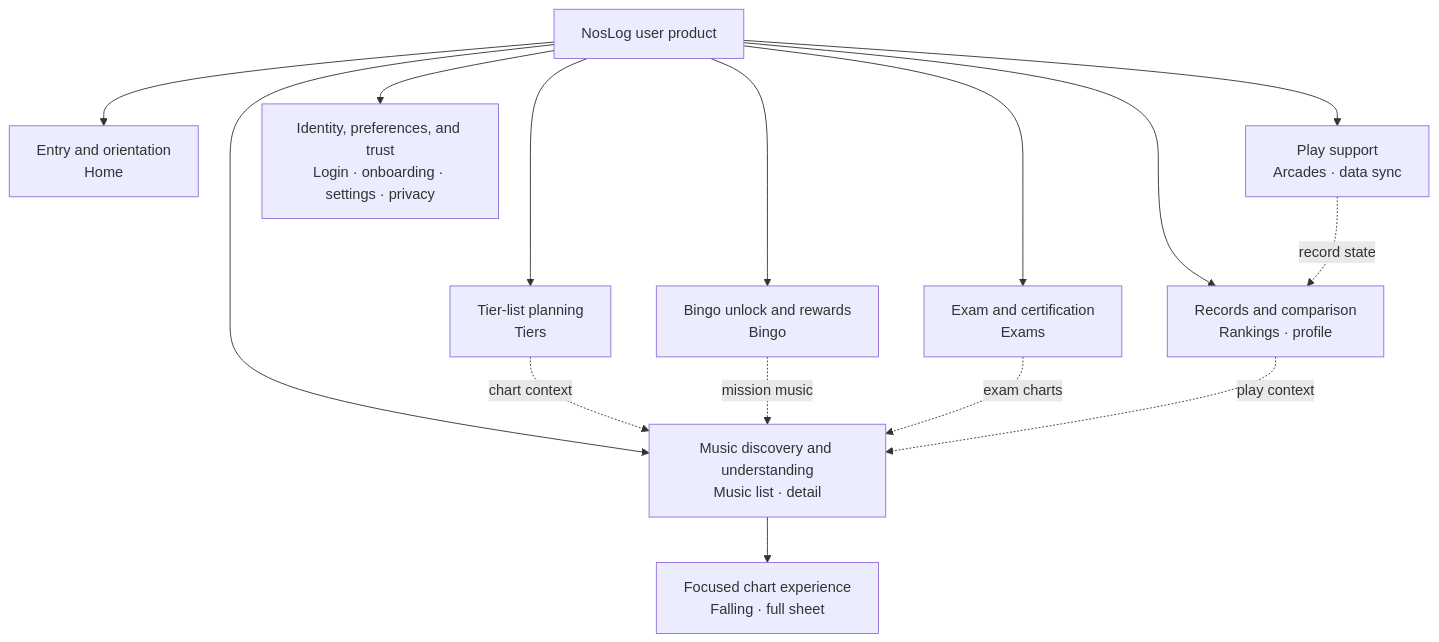
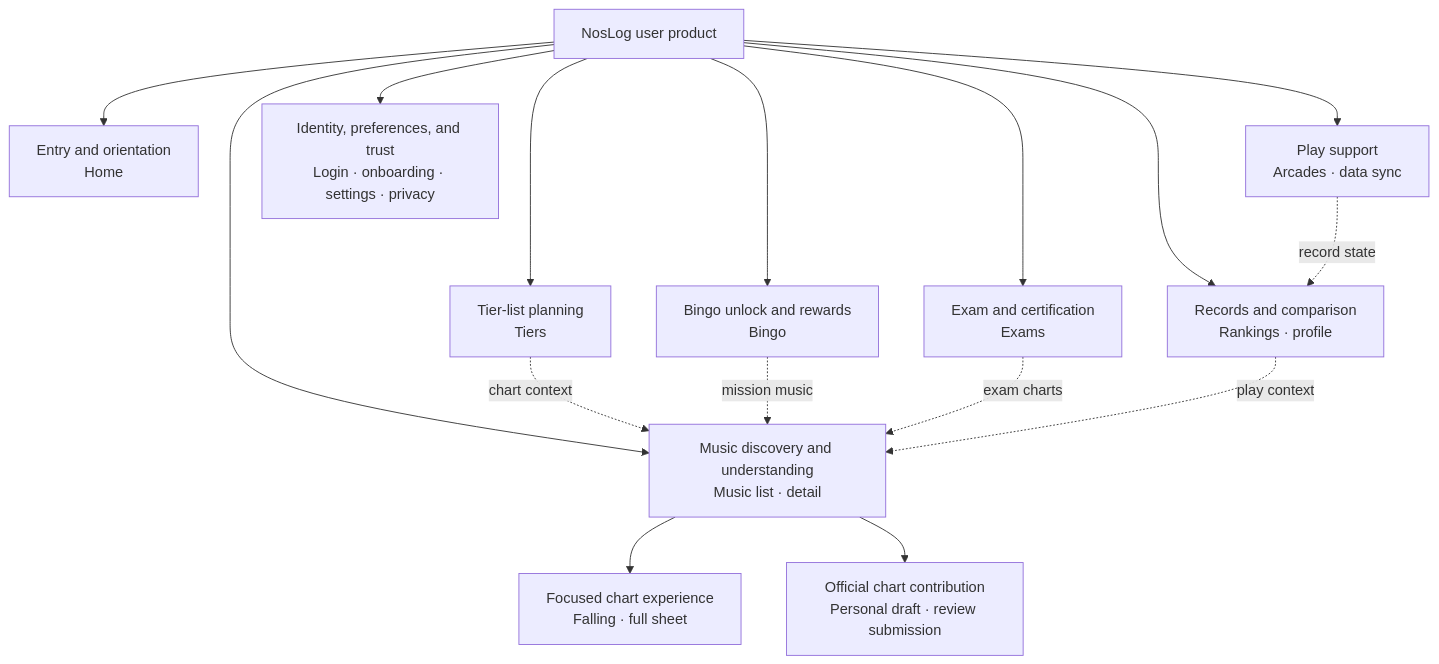
Before and after one commit to Anchovia/noslog: the diagram in docs/design/02-information-architecture.md, drawn with Mermaid. The commit also changed other lines of this file and 23 other files, not shown here.

````diff
--- a/docs/design/02-information-architecture.md
+++ b/docs/design/02-information-architecture.md
@@ -201,28 +209,30 @@
 ```mermaid
 flowchart TD
     ROOT["NosLog user product"]
     HOME["Entry and orientation<br/>Home"]
     MUSIC["Music discovery and understanding<br/>Music list · detail"]
     TIERS["Tier-list planning<br/>Tiers"]
     BINGO["Bingo unlock and rewards<br/>Bingo"]
     EXAMS["Exam and certification<br/>Exams"]
     RECORDS["Records and comparison<br/>Rankings · profile"]
     SUPPORT["Play support<br/>Arcades · data sync"]
     TRUST["Identity, preferences, and trust<br/>Login · onboarding · settings · privacy"]
     VIEWER["Focused chart experience<br/>Falling · full sheet"]
+    AUTHOR["Official chart contribution<br/>Personal draft · review submission"]
 
     ROOT --> HOME
     ROOT --> MUSIC
     ROOT --> TIERS
     ROOT --> BINGO
     ROOT --> EXAMS
     ROOT --> RECORDS
     ROOT --> SUPPORT
     ROOT --> TRUST
     MUSIC --> VIEWER
+    MUSIC --> AUTHOR
     TIERS -. "chart context" .-> MUSIC
     BINGO -. "mission music" .-> MUSIC
     EXAMS -. "exam charts" .-> MUSIC
     RECORDS -. "play context" .-> MUSIC
     SUPPORT -. "record state" .-> RECORDS
 ```
````
